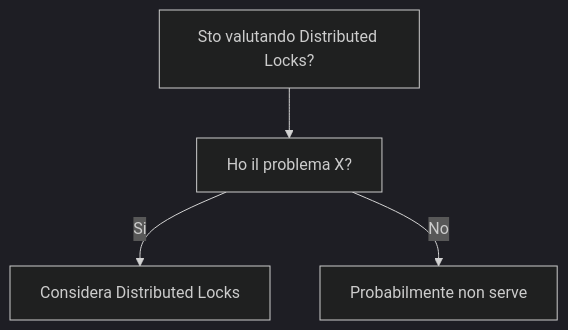
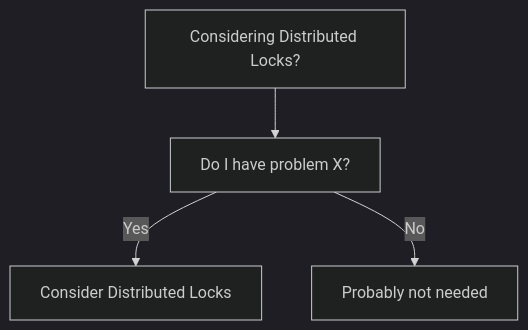
Before and after one commit to HxT9/Software-Dev-Wiki: the diagram in dev-wiki/05_Distributed_Systems/Distributed_Locks/When_To_Use.md, drawn with Mermaid (dark theme). The commit also changed other lines of this file and 3444 other files, not shown here.

````diff
--- a/dev-wiki/05_Distributed_Systems/Distributed_Locks/When_To_Use.md
+++ b/dev-wiki/05_Distributed_Systems/Distributed_Locks/When_To_Use.md
@@ -19,6 +19,6 @@
 ```mermaid
 flowchart TD
-  Q[Sto valutando Distributed Locks?] --> Q1[Ho il problema X?]
-  Q1 -->|Si| OK[Considera Distributed Locks]
-  Q1 -->|No| NO[Probabilmente non serve]
+  Q[Considering Distributed Locks?] --> Q1[Do I have problem X?]
+  Q1 -->|Yes| OK[Consider Distributed Locks]
+  Q1 -->|No| NO[Probably not needed]
 ```
````
